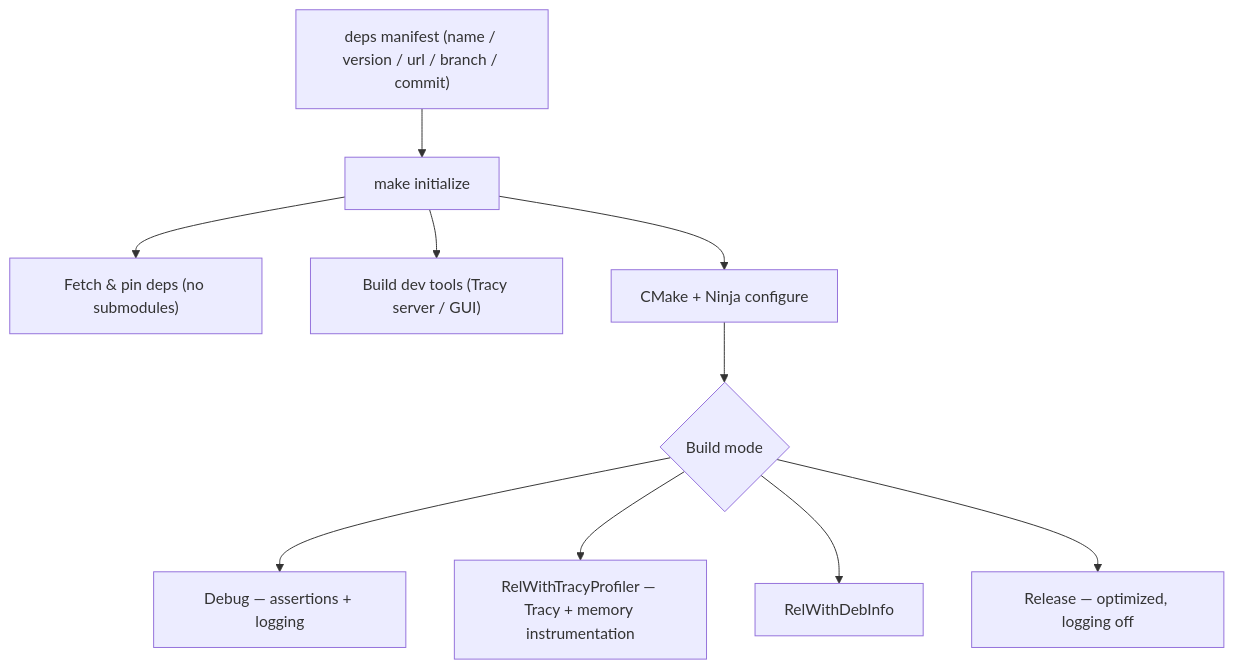
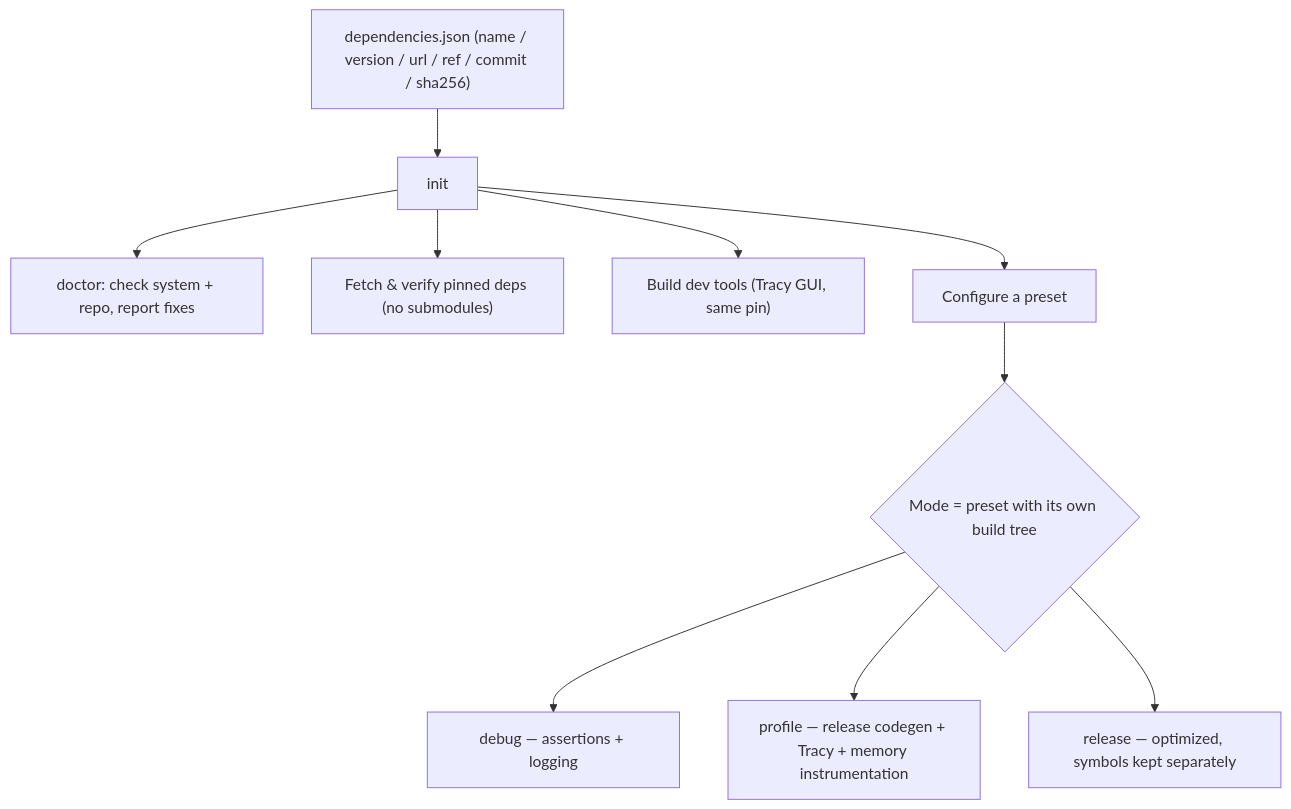
Before and after one commit to arg1998/eZeGo: the fourth of 4 diagrams in .agent/application-architecture.md, drawn with Mermaid. The commit also changed other lines of this file and 7 other files, not shown here.

````diff
--- a/.agent/application-architecture.md
+++ b/.agent/application-architecture.md
@@ -154,12 +156,12 @@
 ```mermaid
 graph TD
-    MANIFEST["deps manifest (name / version / url / branch / commit)"] --> INIT["make initialize"]
-    INIT --> FETCH["Fetch & pin deps (no submodules)"]
-    INIT --> TOOLS["Build dev tools (Tracy server / GUI)"]
-    INIT --> GEN["CMake + Ninja configure"]
-    GEN --> MODE{"Build mode"}
-    MODE --> DBG["Debug — assertions + logging"]
-    MODE --> PROF["RelWithTracyProfiler — Tracy + memory instrumentation"]
-    MODE --> RELW["RelWithDebInfo"]
-    MODE --> REL["Release — optimized, logging off"]
+    MANIFEST["dependencies.json (name / version / url / ref / commit / sha256)"] --> INIT["init"]
+    INIT --> DOCTOR["doctor: check system + repo, report fixes"]
+    INIT --> FETCH["Fetch & verify pinned deps (no submodules)"]
+    INIT --> TOOLS["Build dev tools (Tracy GUI, same pin)"]
+    INIT --> GEN["Configure a preset"]
+    GEN --> MODE{"Mode = preset with its own build tree"}
+    MODE --> DBG["debug — assertions + logging"]
+    MODE --> PROF["profile — release codegen + Tracy + memory instrumentation"]
+    MODE --> REL["release — optimized, symbols kept separately"]
 ```
````
